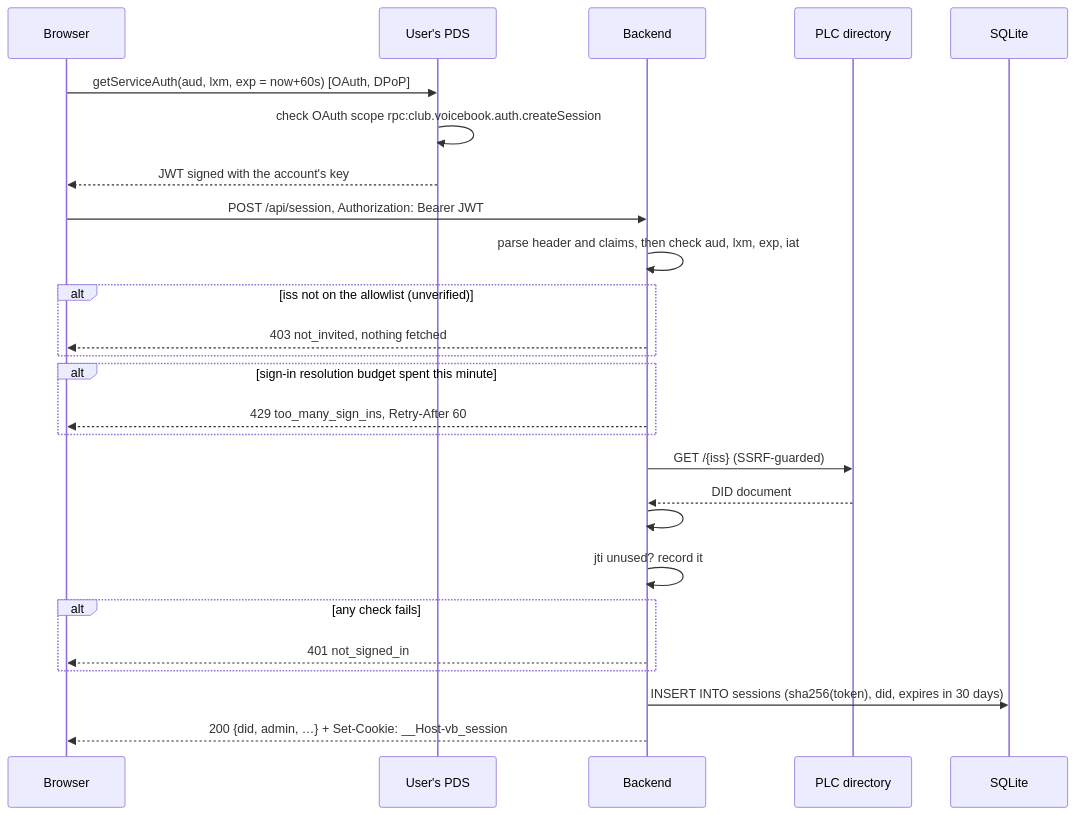
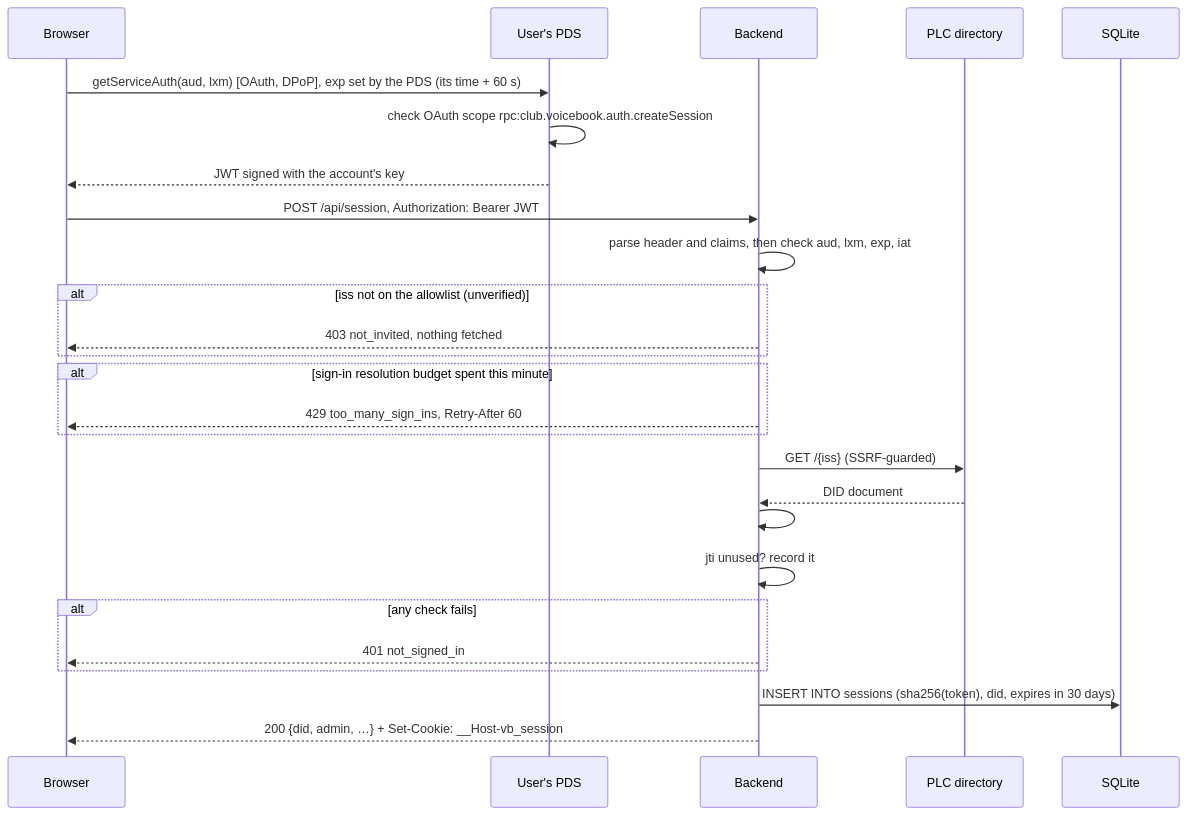
One commit to tessprime/voicebook.club changed the diagram in docs/api/session-create.md. Above: the diagram before and after it, drawn with Mermaid. The commit also changed other lines of this file and 3 other files, not shown here.

First line of the commit message:
Let the PDS set the service-auth token's expiry (VB-347)

````diff
--- a/docs/api/session-create.md
+++ b/docs/api/session-create.md
@@ -69,28 +73,28 @@
 ```mermaid
 sequenceDiagram
     participant B as Browser
     participant P as User's PDS
     participant A as Backend
     participant L as PLC directory
     participant D as SQLite
-    B->>P: getServiceAuth(aud, lxm, exp = now+60s) [OAuth, DPoP]
+    B->>P: getServiceAuth(aud, lxm) [OAuth, DPoP], exp set by the PDS (its time + 60 s)
     P->>P: check OAuth scope rpc:club.voicebook.auth.createSession
     P-->>B: JWT signed with the account's key
     B->>A: POST /api/session, Authorization: Bearer JWT
     A->>A: parse header and claims, then check aud, lxm, exp, iat
     alt iss not on the allowlist (unverified)
         A-->>B: 403 not_invited, nothing fetched
     end
     alt sign-in resolution budget spent this minute
         A-->>B: 429 too_many_sign_ins, Retry-After 60
     end
     A->>L: GET /{iss} (SSRF-guarded)
     L-->>A: DID document
     A->>A: #atproto key → verify signature (ES256K/ES256, low-S)
     A->>A: jti unused? record it
     alt any check fails
         A-->>B: 401 not_signed_in
     end
     A->>D: INSERT INTO sessions (sha256(token), did, expires in 30 days)
     A-->>B: 200 {did, admin, …} + Set-Cookie: __Host-vb_session
 ```
````
